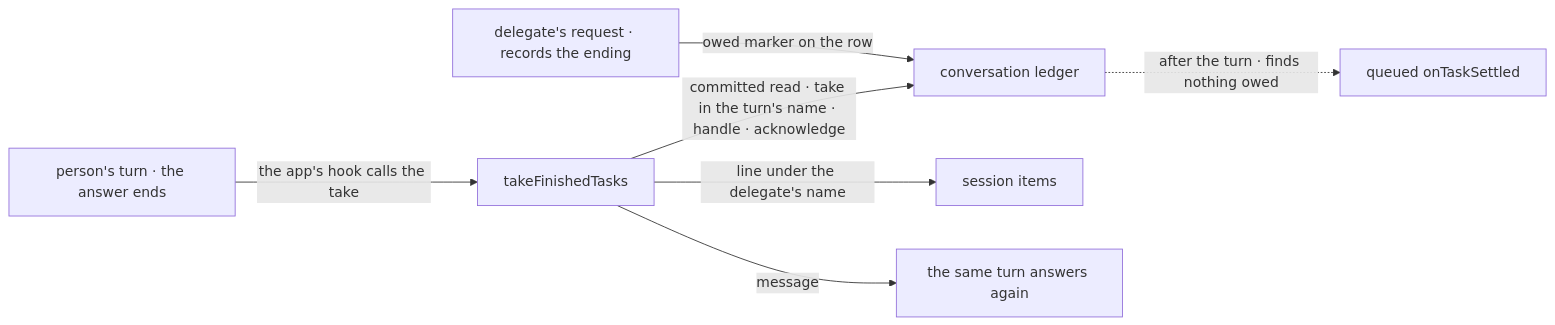
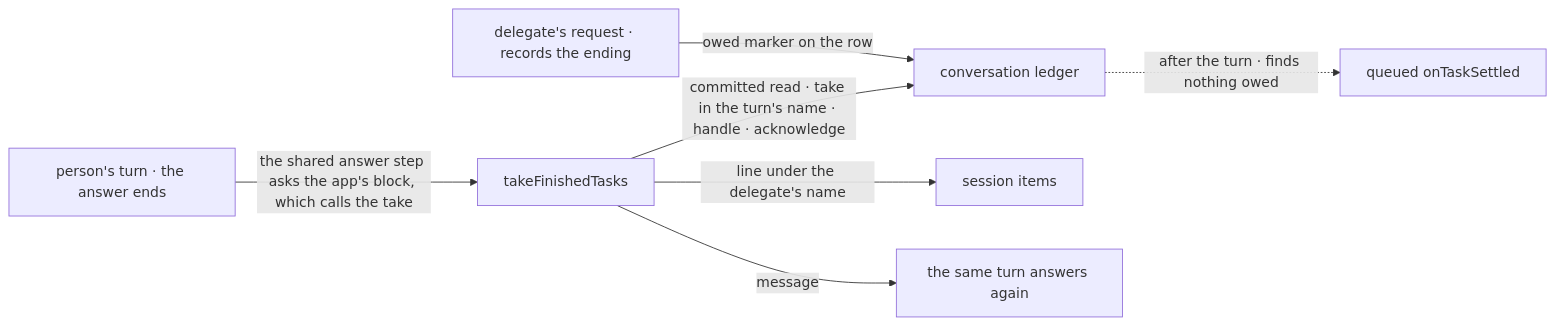
Before and after one commit to fixpoint-labs/flow-state-dev: the second of 2 diagrams in specs/issues/FIX-2159/SPEC.md, drawn with Mermaid. The commit also changed other lines of this file and 3 other files, not shown here.

First line of the commit message:
spec(FIX-2159): one answer-again step shared with planned; the app's block is a source, the take the only new behaviour

````diff
--- a/specs/issues/FIX-2159/SPEC.md
+++ b/specs/issues/FIX-2159/SPEC.md
@@ -83,9 +98,9 @@
 ```mermaid
 flowchart LR
   D["delegate's request · records the ending"] -->|"owed marker on the row"| B["conversation ledger"]
-  A["person's turn · the answer ends"] -->|"the app's hook calls the take"| K["takeFinishedTasks"]
+  A["person's turn · the answer ends"] -->|"the shared answer step asks the app's block, which calls the take"| K["takeFinishedTasks"]
   K -->|"committed read · take in the turn's name · handle · acknowledge"| B
   K -->|"line under the delegate's name"| S["session items"]
   K -->|"message"| A2["the same turn answers again"]
   B -.->|"after the turn · finds nothing owed"| Q["queued onTaskSettled"]
 ```
````
